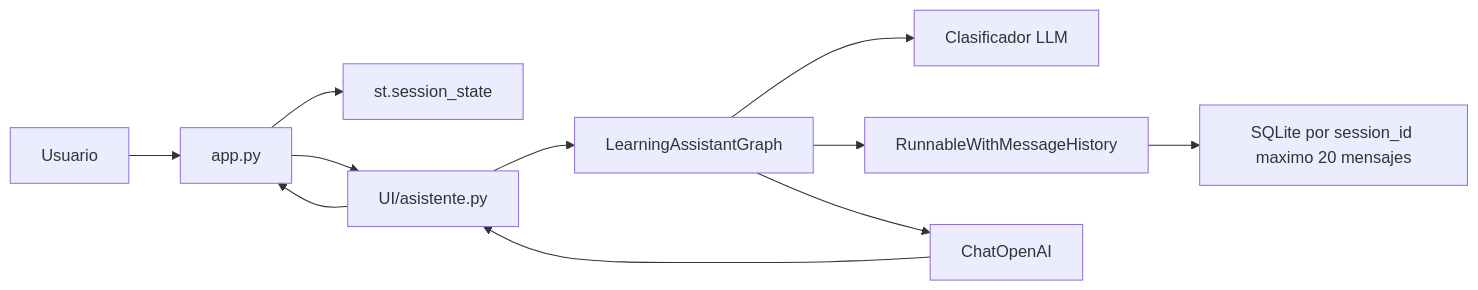
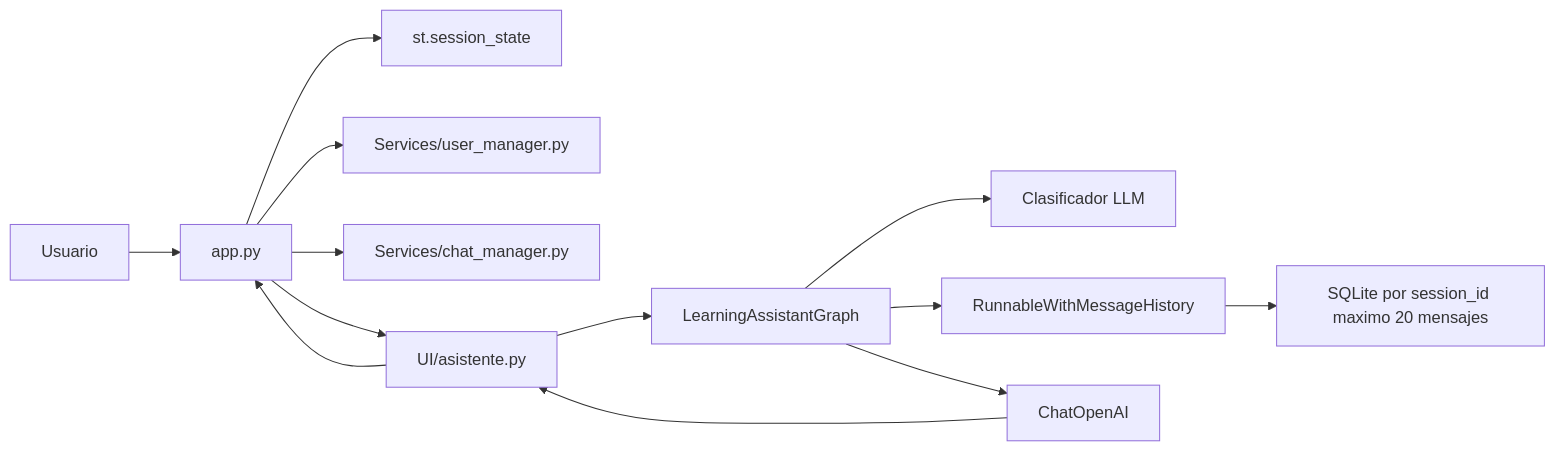
One commit to jose6668/IA-Lanchaing changed the first of 2 diagrams in Documentacion/ARQUITECTURA_PROYECTO.md. Above: the diagram before and after it, drawn with Mermaid. The commit also changed other lines of this file and 6 other files, not shown here.

Commit message:
feat(HU-07): implement local login and user chat management

````diff
--- a/Documentacion/ARQUITECTURA_PROYECTO.md
+++ b/Documentacion/ARQUITECTURA_PROYECTO.md
@@ -60,13 +66,15 @@
 ```mermaid
 flowchart LR
     USER[Usuario] --> APP[app.py]
     APP --> STATE[st.session_state]
+    APP --> USERS[Services/user_manager.py]
+    APP --> CHATS[Services/chat_manager.py]
     APP --> UI[UI/asistente.py]
     UI --> GRAPH[LearningAssistantGraph]
     GRAPH --> CLASSIFIER[Clasificador LLM]
     GRAPH --> MEMORY[RunnableWithMessageHistory]
     MEMORY --> STORE[SQLite por session_id maximo 20 mensajes]
     GRAPH --> OPENAI[ChatOpenAI]
     OPENAI --> UI
     UI --> APP
 ```
````
